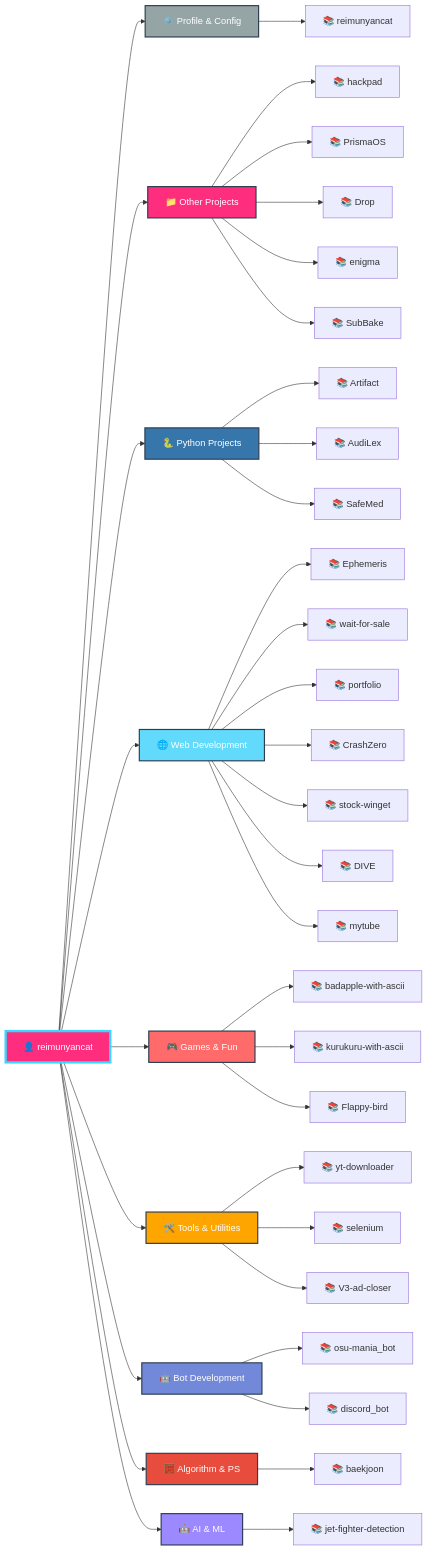
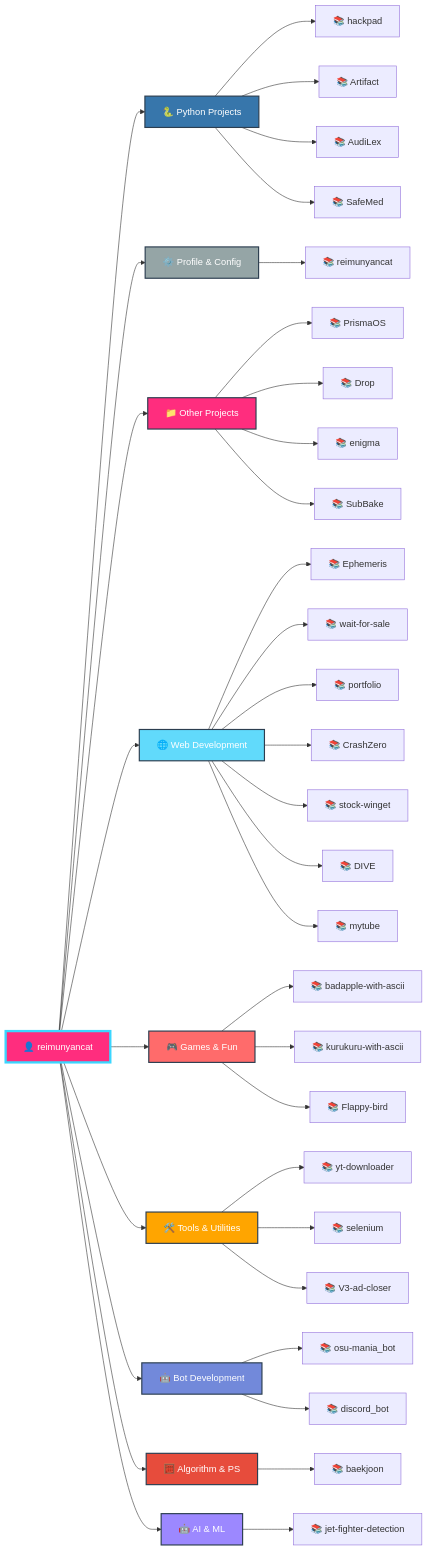
Before and after one commit to reimunyancat/reimunyancat: the diagram in README.md, drawn with Mermaid.

````diff
--- a/README.md
+++ b/README.md
@@ -159,59 +159,59 @@
 ```mermaid
 graph LR
   A[👤 reimunyancat]
 
-  A --> CAT0[⚙️ Profile & Config]
-  CAT0 --> CAT0_0[📚 reimunyancat]
+  A --> CAT0[🐍 Python Projects]
+  CAT0 --> CAT0_0[📚 hackpad]
+  CAT0 --> CAT0_1[📚 Artifact]
+  CAT0 --> CAT0_2[📚 AudiLex]
+  CAT0 --> CAT0_3[📚 SafeMed]
 
-  A --> CAT1[📁 Other Projects]
-  CAT1 --> CAT1_0[📚 hackpad]
-  CAT1 --> CAT1_1[📚 PrismaOS]
-  CAT1 --> CAT1_2[📚 Drop]
-  CAT1 --> CAT1_3[📚 enigma]
-  CAT1 --> CAT1_4[📚 SubBake]
+  A --> CAT1[⚙️ Profile & Config]
+  CAT1 --> CAT1_0[📚 reimunyancat]
 
-  A --> CAT2[🐍 Python Projects]
-  CAT2 --> CAT2_0[📚 Artifact]
-  CAT2 --> CAT2_1[📚 AudiLex]
-  CAT2 --> CAT2_2[📚 SafeMed]
+  A --> CAT2[📁 Other Projects]
+  CAT2 --> CAT2_0[📚 PrismaOS]
+  CAT2 --> CAT2_1[📚 Drop]
+  CAT2 --> CAT2_2[📚 enigma]
+  CAT2 --> CAT2_3[📚 SubBake]
 
   A --> CAT3[🌐 Web Development]
   CAT3 --> CAT3_0[📚 Ephemeris]
   CAT3 --> CAT3_1[📚 wait-for-sale]
   CAT3 --> CAT3_2[📚 portfolio]
   CAT3 --> CAT3_3[📚 CrashZero]
   CAT3 --> CAT3_4[📚 stock-winget]
   CAT3 --> CAT3_5[📚 DIVE]
   CAT3 --> CAT3_6[📚 mytube]
 
   A --> CAT4[🎮 Games & Fun]
   CAT4 --> CAT4_0[📚 badapple-with-ascii]
   CAT4 --> CAT4_1[📚 kurukuru-with-ascii]
   CAT4 --> CAT4_2[📚 Flappy-bird]
 
   A --> CAT5[🛠️ Tools & Utilities]
   CAT5 --> CAT5_0[📚 yt-downloader]
   CAT5 --> CAT5_1[📚 selenium]
   CAT5 --> CAT5_2[📚 V3-ad-closer]
 
   A --> CAT6[🤖 Bot Development]
   CAT6 --> CAT6_0[📚 osu-mania_bot]
   CAT6 --> CAT6_1[📚 discord_bot]
 
   A --> CAT7[🧮 Algorithm & PS]
   CAT7 --> CAT7_0[📚 baekjoon]
 
   A --> CAT8[🤖 AI & ML]
   CAT8 --> CAT8_0[📚 jet-fighter-detection]
 
   style A fill:#FF2D7E,stroke:#3BD6FF,stroke-width:4px,color:#fff
-  style CAT0 fill:#95a5a6,stroke:#2c3e50,stroke-width:2px,color:#fff
-  style CAT1 fill:#FF2D7E,stroke:#2c3e50,stroke-width:2px,color:#fff
-  style CAT2 fill:#3776ab,stroke:#2c3e50,stroke-width:2px,color:#fff
+  style CAT0 fill:#3776ab,stroke:#2c3e50,stroke-width:2px,color:#fff
+  style CAT1 fill:#95a5a6,stroke:#2c3e50,stroke-width:2px,color:#fff
+  style CAT2 fill:#FF2D7E,stroke:#2c3e50,stroke-width:2px,color:#fff
   style CAT3 fill:#61dafb,stroke:#2c3e50,stroke-width:2px,color:#fff
   style CAT4 fill:#ff6b6b,stroke:#2c3e50,stroke-width:2px,color:#fff
   style CAT5 fill:#ffa500,stroke:#2c3e50,stroke-width:2px,color:#fff
   style CAT6 fill:#7289da,stroke:#2c3e50,stroke-width:2px,color:#fff
   style CAT7 fill:#e74c3c,stroke:#2c3e50,stroke-width:2px,color:#fff
   style CAT8 fill:#9c88ff,stroke:#2c3e50,stroke-width:2px,color:#fff
 ```
````
